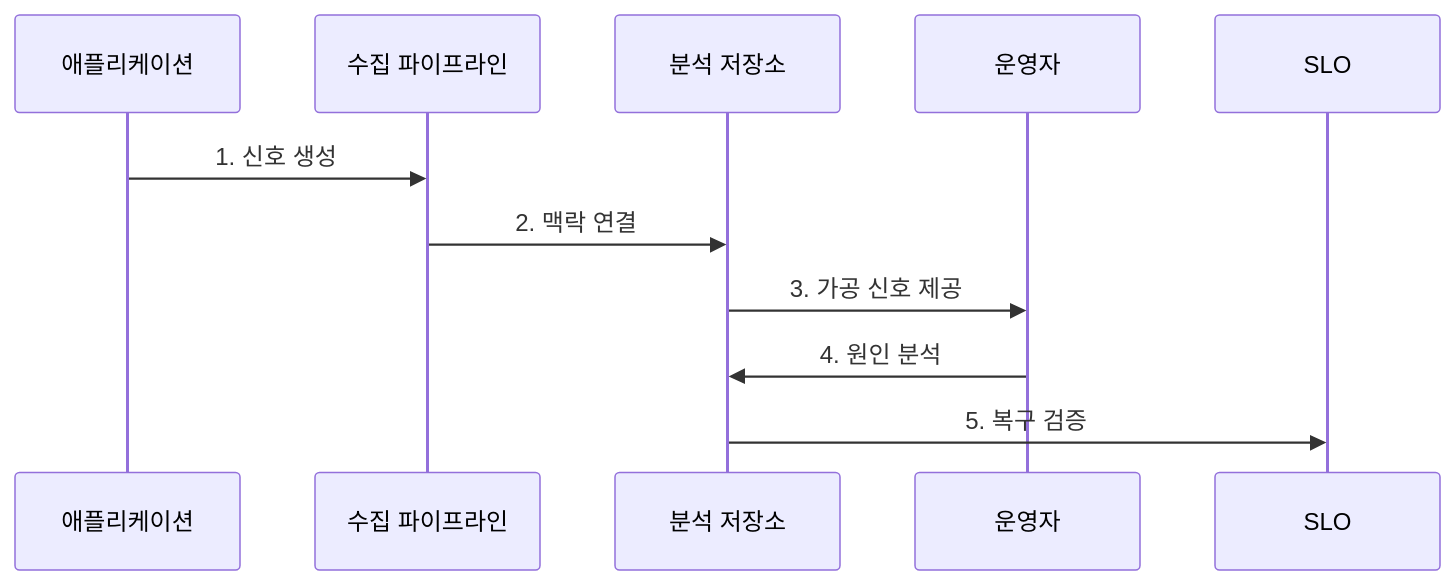
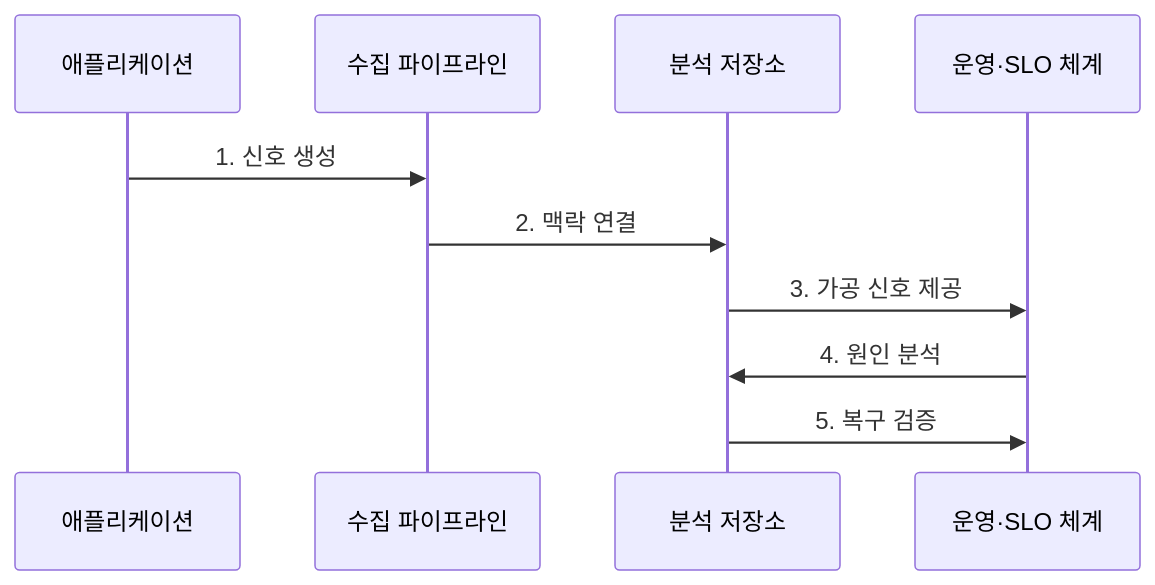
The second of 2 diagrams in src/content/docs/notes/08-latest-tech/169_cloud_native_observability.md (agnusdei1207/knowledge-base), drawn with Mermaid before and after one commit. The commit also changed 9 other files, not shown here.

Commit message:
Simplify distributed platform flows

````diff
--- a/src/content/docs/notes/08-latest-tech/169_cloud_native_observability.md
+++ b/src/content/docs/notes/08-latest-tech/169_cloud_native_observability.md
@@ -101,13 +101,12 @@
 ```mermaid
 sequenceDiagram
   participant A as 애플리케이션
   participant P as 수집 파이프라인
   participant Q as 분석 저장소
-  participant O as 운영자
-  participant S as SLO
+    participant O as 운영·SLO 체계
   A->>P: 1. 신호 생성
   P->>Q: 2. 맥락 연결
   Q->>O: 3. 가공 신호 제공
   O->>Q: 4. 원인 분석
-  Q->>S: 5. 복구 검증
+    Q->>O: 5. 복구 검증
 ```
````
